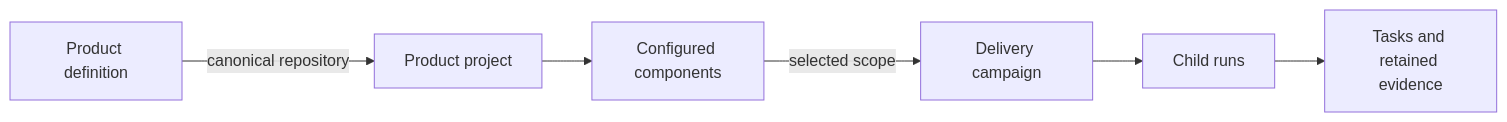
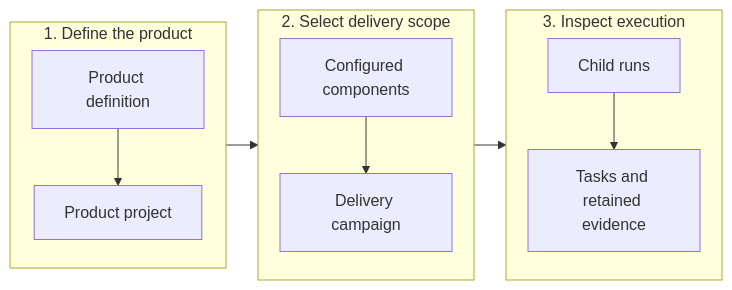
Before and after one commit to fireflyframework/firefly-forge: the first of 2 diagrams in docs/factory-journeys.md, drawn with Mermaid. The commit also changed other lines of this file and 2 other files, not shown here.

Commit message:
Keep factory and report diagrams legible across viewports

````diff
--- a/docs/factory-journeys.md
+++ b/docs/factory-journeys.md
@@ -34,13 +34,23 @@
 ```mermaid
 ---
 config:
   flowchart:
     wrappingWidth: 112
+    rankSpacing: 32
+    nodeSpacing: 24
 ---
 flowchart LR
-  Product[Product definition] -->|canonical repository| Project[Product project]
-  Project --> Component[Configured components]
-  Component -->|selected scope| Campaign[Delivery campaign]
-  Campaign --> Run[Child runs]
-  Run --> Evidence[Tasks and retained evidence]
+  subgraph ContractPhase["1. Define the product"]
+    direction TB
+    Product[Product definition] --> Project[Product project]
+  end
+  subgraph ScopePhase["2. Select delivery scope"]
+    direction TB
+    Component[Configured components] --> Campaign[Delivery campaign]
+  end
+  subgraph EvidencePhase["3. Inspect execution"]
+    direction TB
+    Run[Child runs] --> Evidence[Tasks and retained evidence]
+  end
+  ContractPhase --> ScopePhase --> EvidencePhase
 ```
````
